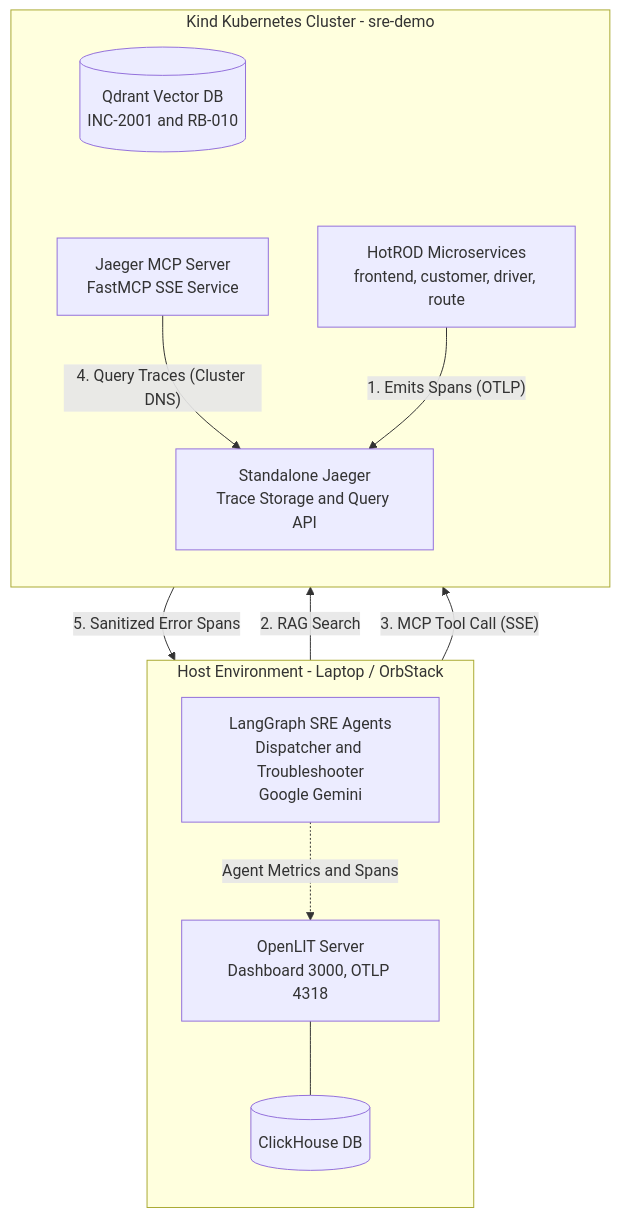
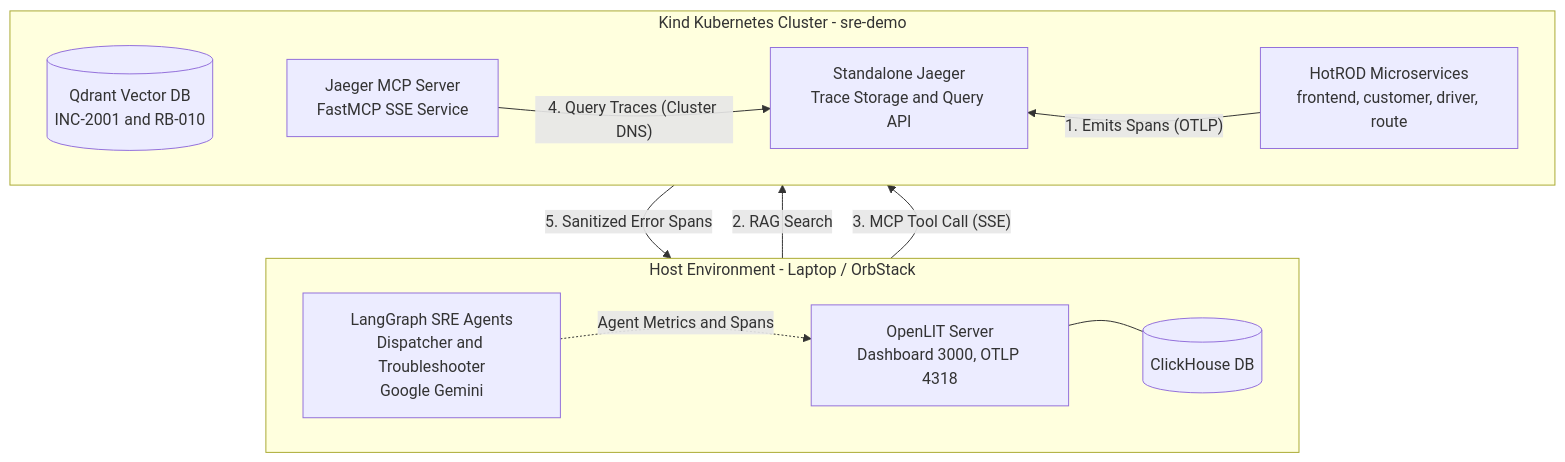
Before and after one commit to hbill75/observe-sre-triage-agent: the diagram in README.md, drawn with Mermaid.

Commit message:
docs: Diagram fix 9

````diff
--- a/README.md
+++ b/README.md
@@ -9,28 +9,29 @@
 ```mermaid
 flowchart TD
     subgraph Host_Environment [Host Environment - Laptop / OrbStack]
-        direction TB
+        direction LR
         AG["LangGraph SRE Agents<br>Dispatcher and Troubleshooter<br>Google Gemini"]
         OL["OpenLIT Server<br>Dashboard 3000, OTLP 4318"]
         CH[("ClickHouse DB")]
 
         AG -. "Agent Metrics and Spans" .-> OL
         OL --- CH
+        AG ~~~ OL ~~~ CH
     end
 
     subgraph K8s_Cluster [Kind Kubernetes Cluster - sre-demo]
-        direction TB
+        direction LR
         QD[("Qdrant Vector DB<br>INC-2001 and RB-010")]
         MCP["Jaeger MCP Server<br>FastMCP SSE Service"]
         JG["Standalone Jaeger<br>Trace Storage and Query API"]
         HR["HotROD Microservices<br>frontend, customer, driver, route"]
 
-        QD ~~~ MCP
+        QD ~~~ MCP ~~~ JG ~~~ HR
+        HR -->|"1. Emits Spans (OTLP)"| JG
         MCP -->|"4. Query Traces (Cluster DNS)"| JG
-        HR -->|"1. Emits Spans (OTLP)"| JG
     end
 
     AG -->|"2. RAG Search"| QD
     AG -->|"3. MCP Tool Call (SSE)"| MCP
     MCP -->|"5. Sanitized Error Spans"| AG
 ```
````
